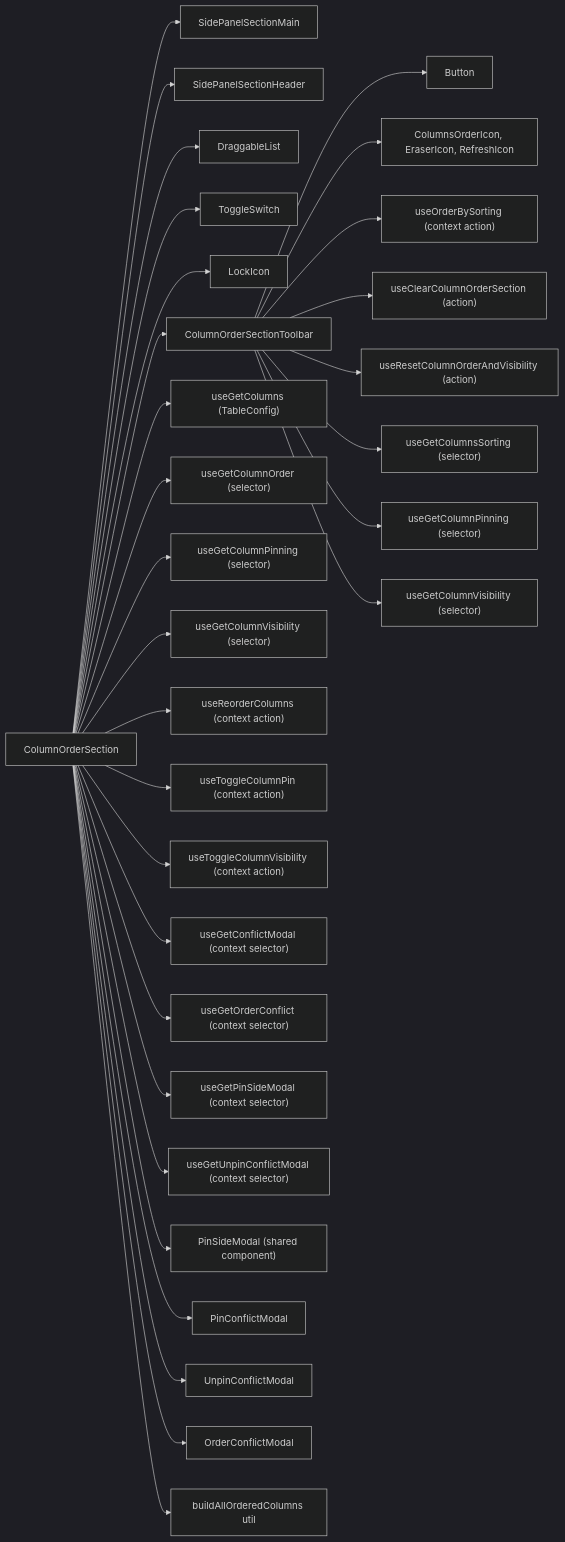
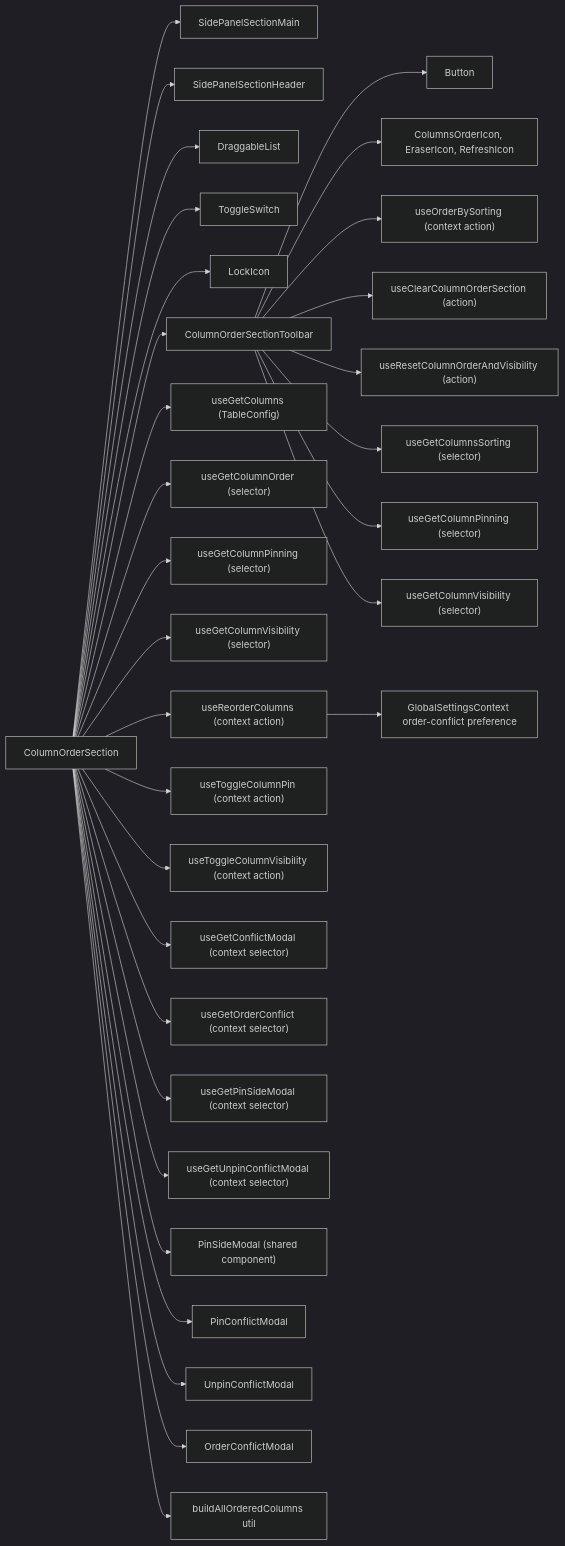
The first of 3 diagrams in apps/react-router/src/components/Table/TableSettingsDrawer/ColumnOrderSection/ARCHITECTURE.md (luciocabrera/lcabrera-stack), drawn with Mermaid (dark theme) before and after one commit. The commit also changed other lines of this file and 28 other files, not shown here.

First line of the commit message:
feat: implement order conflict resolution preferences in settings

````diff
--- a/apps/react-router/src/components/Table/TableSettingsDrawer/ColumnOrderSection/ARCHITECTURE.md
+++ b/apps/react-router/src/components/Table/TableSettingsDrawer/ColumnOrderSection/ARCHITECTURE.md
@@ -58,39 +57,40 @@
 ```mermaid
 graph LR
   COS["ColumnOrderSection"] --> SidePanelSectionMain
   COS --> SidePanelSectionHeader
   COS --> DraggableList
   COS --> ToggleSwitch
   COS --> LockIcon
   COS --> COSToolbar["ColumnOrderSectionToolbar"]
 
   COS --> useGetColumns["useGetColumns (TableConfig)"]
   COS --> useGetColumnOrder["useGetColumnOrder (selector)"]
   COS --> useGetColumnPinning["useGetColumnPinning (selector)"]
   COS --> useGetColumnVisibility["useGetColumnVisibility (selector)"]
 
   COS --> useReorderColumns["useReorderColumns (context action)"]
   COS --> useToggleColumnPin["useToggleColumnPin (context action)"]
   COS --> useToggleColumnVisibility["useToggleColumnVisibility (context action)"]
+  useReorderColumns --> GlobalSettings["GlobalSettingsContext order-conflict preference"]
 
   COS --> useGetConflictModal["useGetConflictModal (context selector)"]
   COS --> useGetOrderConflict["useGetOrderConflict (context selector)"]
   COS --> useGetPinSideModal["useGetPinSideModal (context selector)"]
   COS --> useGetUnpinConflictModal["useGetUnpinConflictModal (context selector)"]
 
   COS --> PinSideModal["PinSideModal (shared component)"]
   COS --> PinConflictModal
   COS --> UnpinConflictModal
   COS --> OrderConflictModal
 
   COS --> buildAllOrderedColumns["buildAllOrderedColumns util"]
 
   COSToolbar --> Button
   COSToolbar --> Icons["ColumnsOrderIcon, EraserIcon, RefreshIcon"]
   COSToolbar --> useOrderBySorting["useOrderBySorting (context action)"]
   COSToolbar --> useClearColumnOrderSection["useClearColumnOrderSection (action)"]
   COSToolbar --> useResetColumnOrderAndVisibility["useResetColumnOrderAndVisibility (action)"]
   COSToolbar --> useGetColumnsSorting["useGetColumnsSorting (selector)"]
   COSToolbar --> useGetColumnPinning2["useGetColumnPinning (selector)"]
   COSToolbar --> useGetColumnVisibility2["useGetColumnVisibility (selector)"]
 ```
````
